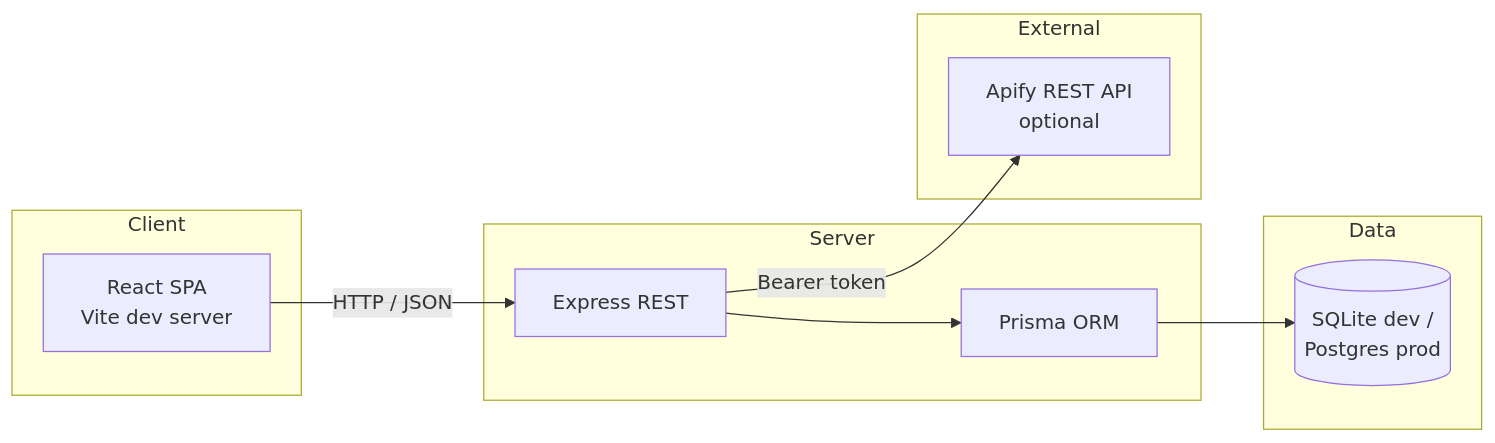
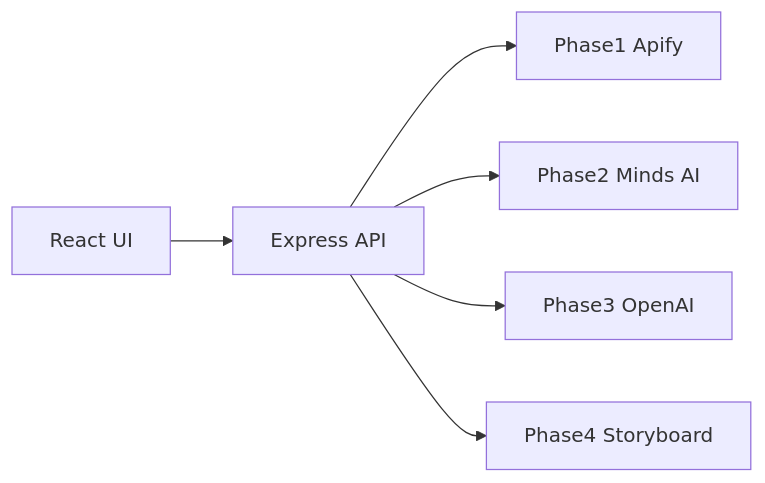
One commit to Saurabhkhire/marketing changed the diagram in docs/ARCHITECTURE.md. Above: the diagram before and after it, drawn with Mermaid. The commit also changed other lines of this file and 69 other files, not shown here.

````diff
--- a/docs/ARCHITECTURE.md
+++ b/docs/ARCHITECTURE.md
@@ -11,19 +3,8 @@
 ```mermaid
 flowchart LR
-  subgraph Client
-    SPA[React SPA\nVite dev server]
-  end
-  subgraph Server
-    API[Express REST]
-    PR[Prisma ORM]
-  end
-  subgraph Data
-    DB[(SQLite dev /\nPostgres prod)]
-  end
-  subgraph External
-    AF[Apify REST API\noptional]
-  end
-  SPA -->|HTTP / JSON| API
-  API --> PR --> DB
-  API -->|Bearer token| AF
+  UI[React UI] --> API[Express API]
+  API --> P1[Phase1 Apify]
+  API --> P2[Phase2 Minds AI]
+  API --> P3[Phase3 OpenAI]
+  API --> P4[Phase4 Storyboard]
 ```
````
